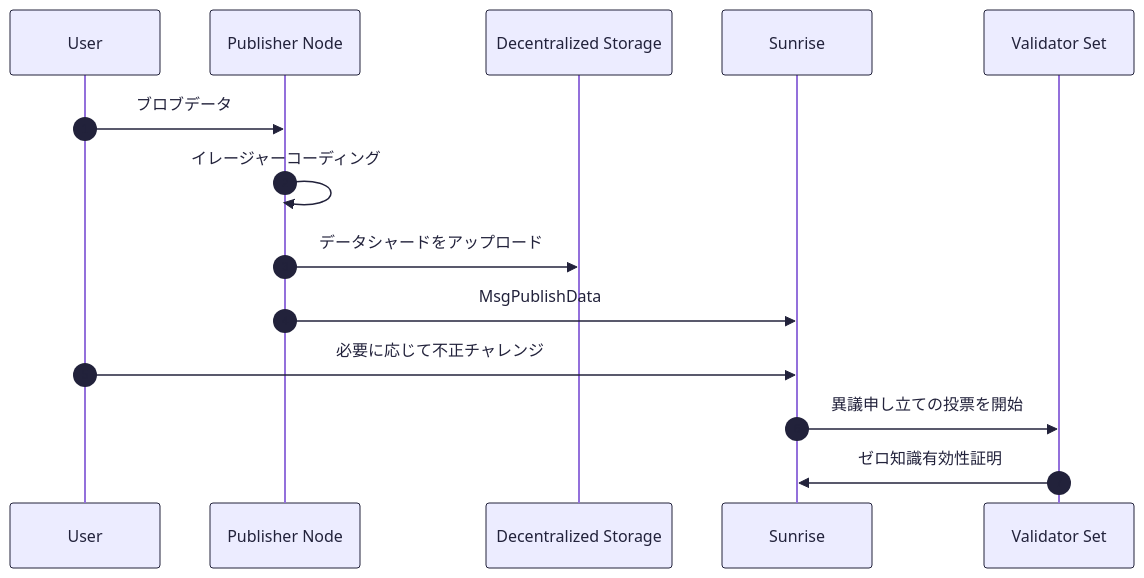
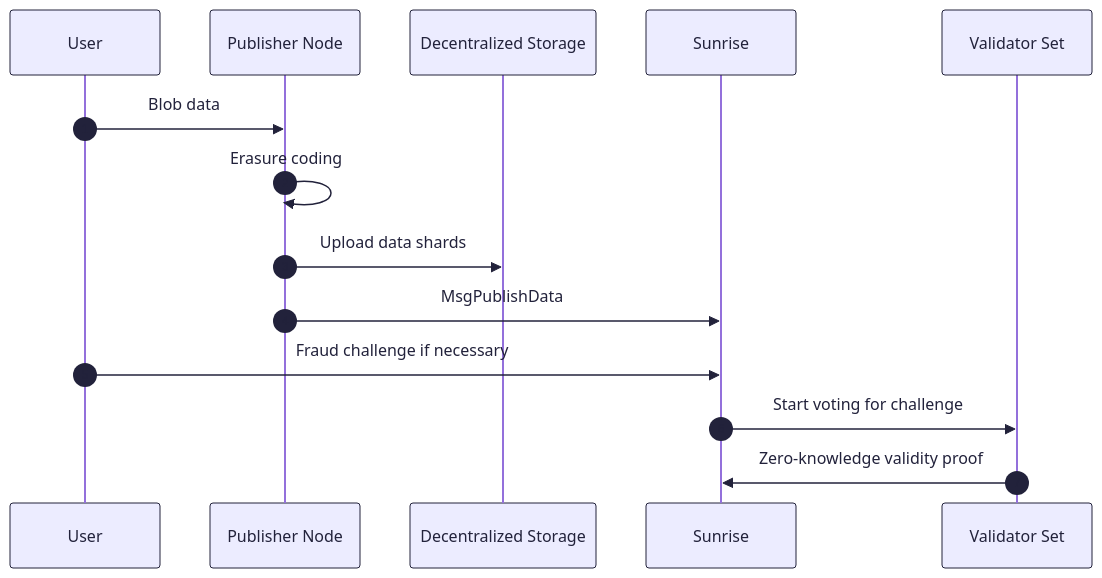
Before and after one commit to sunriselayer/gitbook: the second of 2 diagrams in ja/learn/sunrise/data-availability.md, drawn with Mermaid. The commit also changed other lines of this file and 19 other files, not shown here.

````diff
--- a/ja/learn/sunrise/data-availability.md
+++ b/ja/learn/sunrise/data-availability.md
@@ -93,23 +93,23 @@
 ```mermaid
 %%{init: {"theme": "default", "themeVariables": {
   "background": "transparent",
   "primaryColor": "#22223b",
   "primaryTextColor": "#22223b",
   "lineColor": "#22223b",
   "textColor": "#22223b",
   "actorBorder": "#22223b",
   "actorTextColor": "#22223b",
   "sequenceNumberColor": "#22223b",
   "messageTextColor": "#22223b",
   "signalColor": "#22223b"
 }}}%%
 sequenceDiagram
     autonumber
-    User->>Publisher Node: ブロブデータ
-    Publisher Node->>Publisher Node: イレージャーコーディング
-    Publisher Node->>Decentralized Storage: データシャードをアップロード
+    User->>Publisher Node: Blob data
+    Publisher Node->>Publisher Node: Erasure coding
+    Publisher Node->>Decentralized Storage: Upload data shards
     Publisher Node->>Sunrise: MsgPublishData
-    User->>Sunrise: 必要に応じて不正チャレンジ
-    Sunrise->>Validator Set: 異議申し立ての投票を開始
-    Validator Set->>Sunrise: ゼロ知識有効性証明
+    User->>Sunrise: Fraud challenge if necessary
+    Sunrise->>Validator Set: Start voting for challenge
+    Validator Set->>Sunrise: Zero-knowledge validity proof
 ```
````
